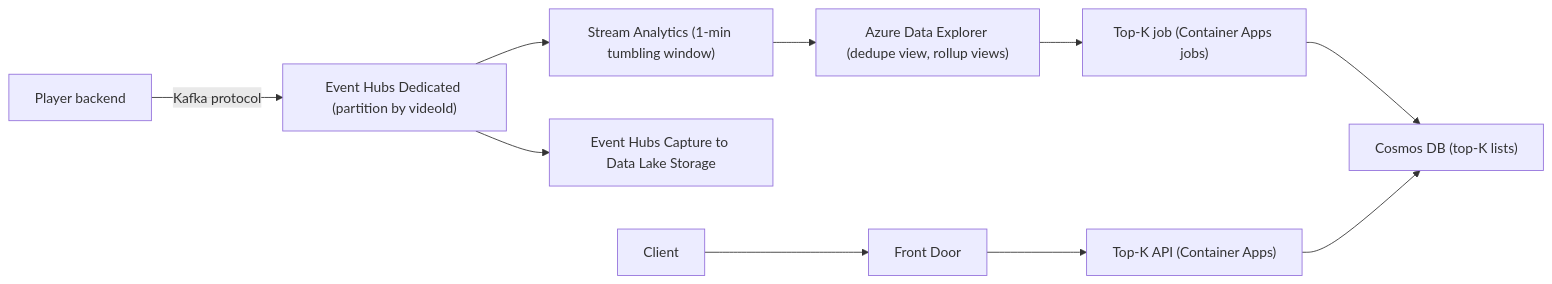
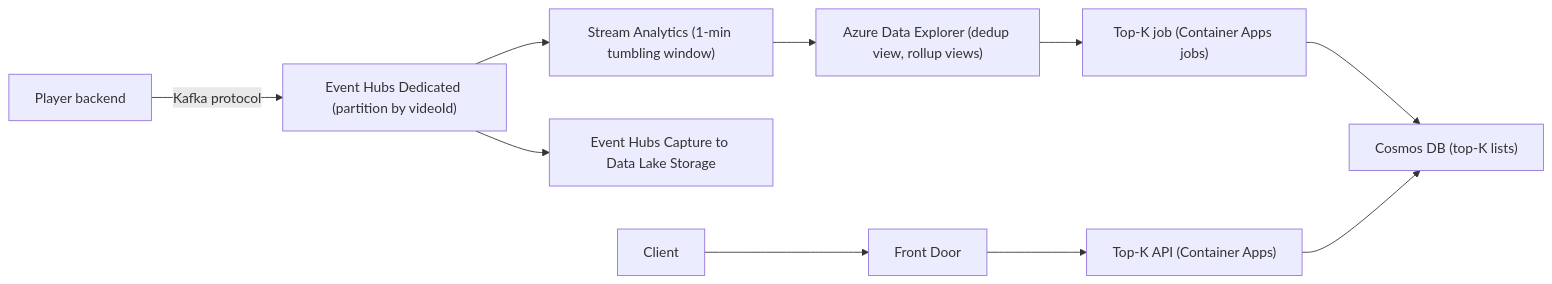
One commit to spabolu/system-design-modern changed the tenth of 10 diagrams in docs/06-case-studies/top-k-leaderboard.md. Above: the diagram before and after it, drawn with Mermaid. The commit also changed other lines of this file, not shown here.

````diff
--- a/docs/06-case-studies/top-k-leaderboard.md
+++ b/docs/06-case-studies/top-k-leaderboard.md
@@ -125,12 +322,12 @@
 ```mermaid
 flowchart LR
   P["Player backend"] -->|"Kafka protocol"| EH["Event Hubs Dedicated (partition by videoId)"]
   EH --> ASA["Stream Analytics (1-min tumbling window)"]
   EH --> CAP["Event Hubs Capture to Data Lake Storage"]
-  ASA --> ADX["Azure Data Explorer (dedupe view, rollup views)"]
+  ASA --> ADX["Azure Data Explorer (dedup view, rollup views)"]
   ADX --> JOB["Top-K job (Container Apps jobs)"]
   JOB --> COS["Cosmos DB (top-K lists)"]
   C[Client] --> FD["Front Door"]
   FD --> API["Top-K API (Container Apps)"]
   API --> COS
 ```
````
